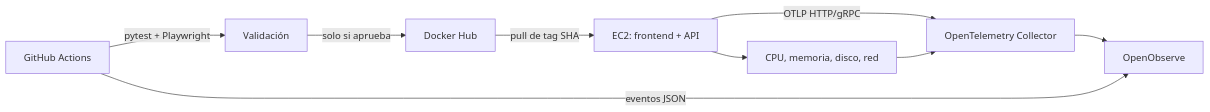
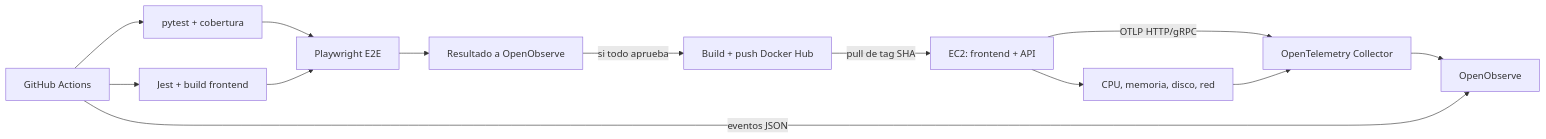
The diagram in README.md (axelisaak10/parcial2-cicd-observabilidad), drawn with Mermaid before and after one commit. The commit also changed other lines of this file and 18 other files, not shown here.

Commit message:
Split CI into backend frontend and Playwright gates

````diff
--- a/README.md
+++ b/README.md
@@ -7,11 +7,15 @@
 ```mermaid
 flowchart LR
-  GH[GitHub Actions] -->|pytest + Playwright| TEST[Validación]
-  TEST -->|solo si aprueba| DH[Docker Hub]
+  GH[GitHub Actions] --> B[pytest + cobertura]
+  GH --> F[Jest + build frontend]
+  B --> E[Playwright E2E]
+  F --> E
+  E --> R[Resultado a OpenObserve]
+  R -->|si todo aprueba| DH[Build + push Docker Hub]
   DH -->|pull de tag SHA| EC2[EC2: frontend + API]
   EC2 -->|OTLP HTTP/gRPC| COL[OpenTelemetry Collector]
   COL --> OO[OpenObserve]
   EC2 --> HM[CPU, memoria, disco, red]
   HM --> COL
   GH -->|eventos JSON| OO
 ```
````
